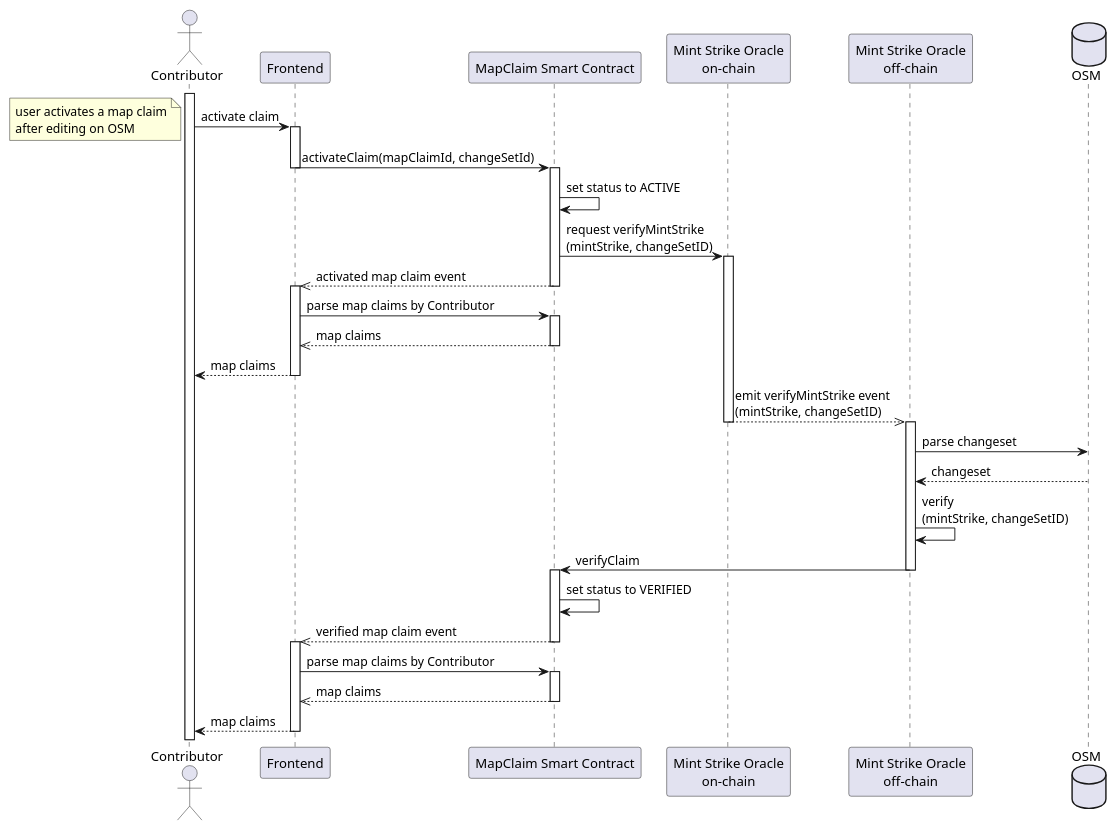
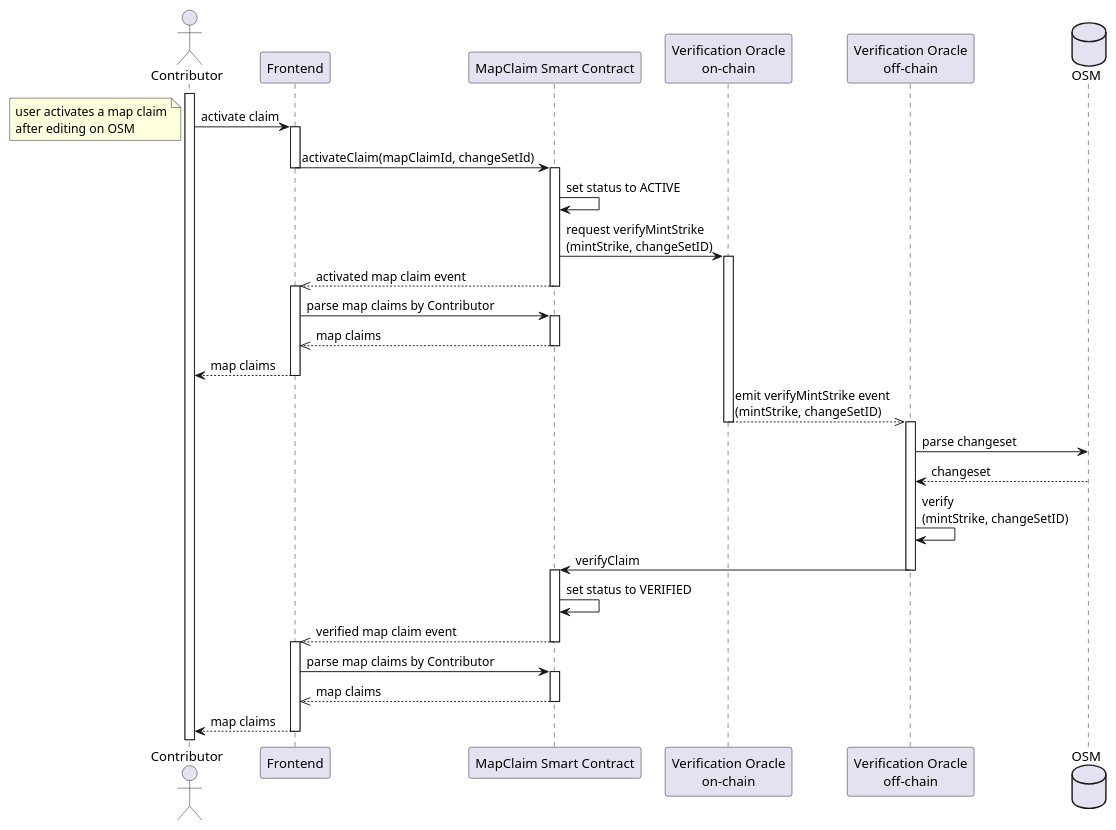
The diagram in docs/activate_map_claim.puml (alkn87/mt-project), drawn with PlantUML before and after one commit. The commit also changed 26 other files, not shown here.

```diff
--- a/docs/activate_map_claim.puml
+++ b/docs/activate_map_claim.puml
@@ -1,59 +1,59 @@
 @startuml
 actor C as "Contributor"
 participant FE as "Frontend"
 participant MC as "MapClaim Smart Contract"
-participant MSON as "Mint Strike Oracle\non-chain"
-participant MSOF as "Mint Strike Oracle\noff-chain"
+participant MSON as "Verification Oracle\non-chain"
+participant MSOF as "Verification Oracle\noff-chain"
 database OSM
 
 activate C
 C -> FE: activate claim
 activate FE
 note left
   user activates a map claim
   after editing on OSM
 end note
 FE -> MC: activateClaim(mapClaimId, changeSetId)
 deactivate FE
 
 activate MC
 MC -> MC: set status to ACTIVE
 MC -> MSON: request verifyMintStrike\n(mintStrike, changeSetID)
 activate MSON
 MC -->> FE: activated map claim event
 deactivate MC
 
 activate FE
 FE -> MC: parse map claims by Contributor
 activate MC
 MC -->> FE: map claims
 deactivate MC
 FE --> C: map claims
 deactivate FE
 
 MSON -->> MSOF: emit verifyMintStrike event\n(mintStrike, changeSetID)
 deactivate MSON
 activate MSOF
 MSOF -> OSM: parse changeset
 OSM --> MSOF: changeset
 MSOF -> MSOF: verify\n(mintStrike, changeSetID)
 MSOF -> MC: verifyClaim
 deactivate MSOF
 
 activate MC
 deactivate MC
 MC -> MC: set status to VERIFIED
 
 MC -->> FE: verified map claim event
 deactivate MC
 
 activate FE
 FE -> MC: parse map claims by Contributor
 
 activate MC
 MC -->> FE: map claims
 deactivate MC
 FE --> C: map claims
 deactivate FE
 
 @enduml
```
